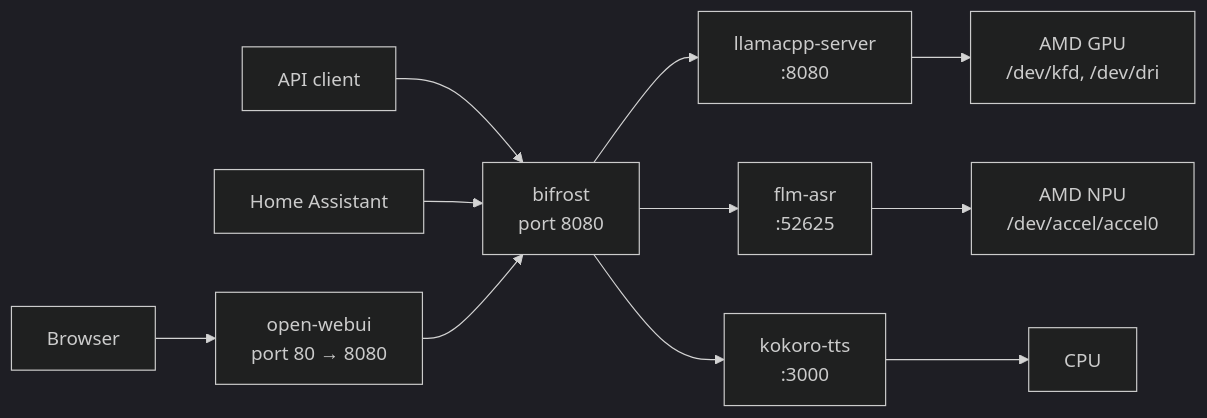
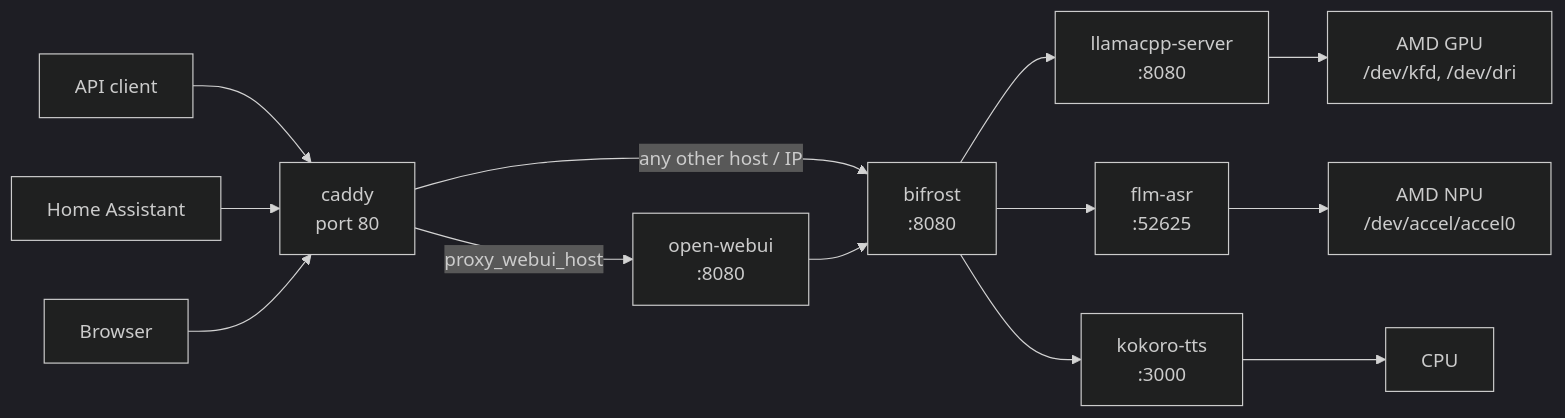
One commit to edepree/llm changed the diagram in README.md. Above: the diagram before and after it, drawn with Mermaid (dark theme). The commit also changed other lines of this file and 17 other files, not shown here.

````diff
--- a/README.md
+++ b/README.md
@@ -123,13 +131,15 @@
 ```mermaid
 flowchart LR
-    CLIENT["API client"] --> BIFROST["bifrost\nport 8080"]
-    HA["Home Assistant"] --> BIFROST
-    BROWSER["Browser"] --> WEBUI["open-webui\nport 80 → 8080"]
+    CLIENT["API client"] --> CADDY["caddy\nport 80"]
+    HA["Home Assistant"] --> CADDY
+    BROWSER["Browser"] --> CADDY
+    CADDY -->|"any other host / IP"| BIFROST["bifrost\n:8080"]
+    CADDY -->|"proxy_webui_host"| WEBUI["open-webui\n:8080"]
     WEBUI --> BIFROST
     BIFROST --> LLAMA["llamacpp-server\n:8080"]
     BIFROST --> FLM["flm-asr\n:52625"]
     BIFROST --> TTS["kokoro-tts\n:3000"]
     LLAMA --> GPU["AMD GPU\n/dev/kfd, /dev/dri"]
     FLM --> NPU["AMD NPU\n/dev/accel/accel0"]
     TTS --> CPU["CPU"]
 ```
````
